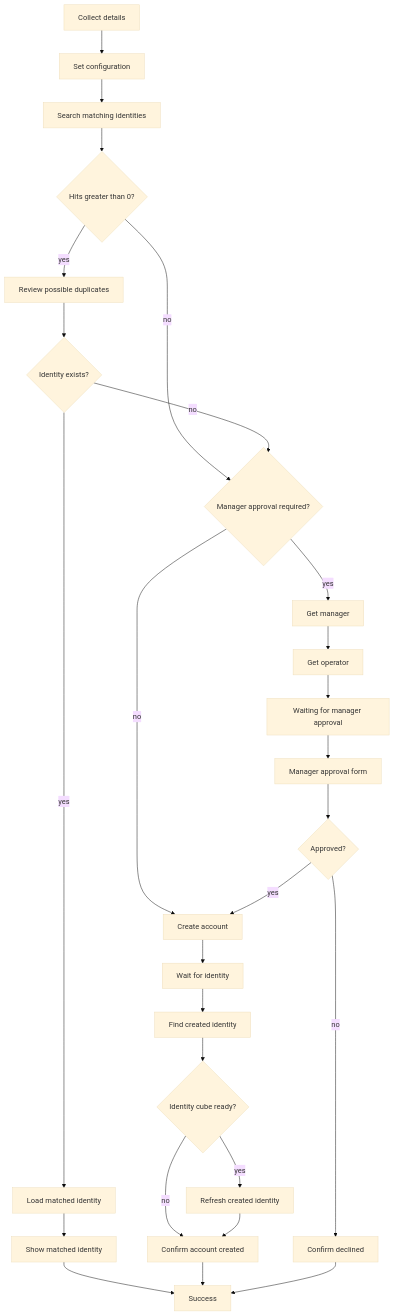
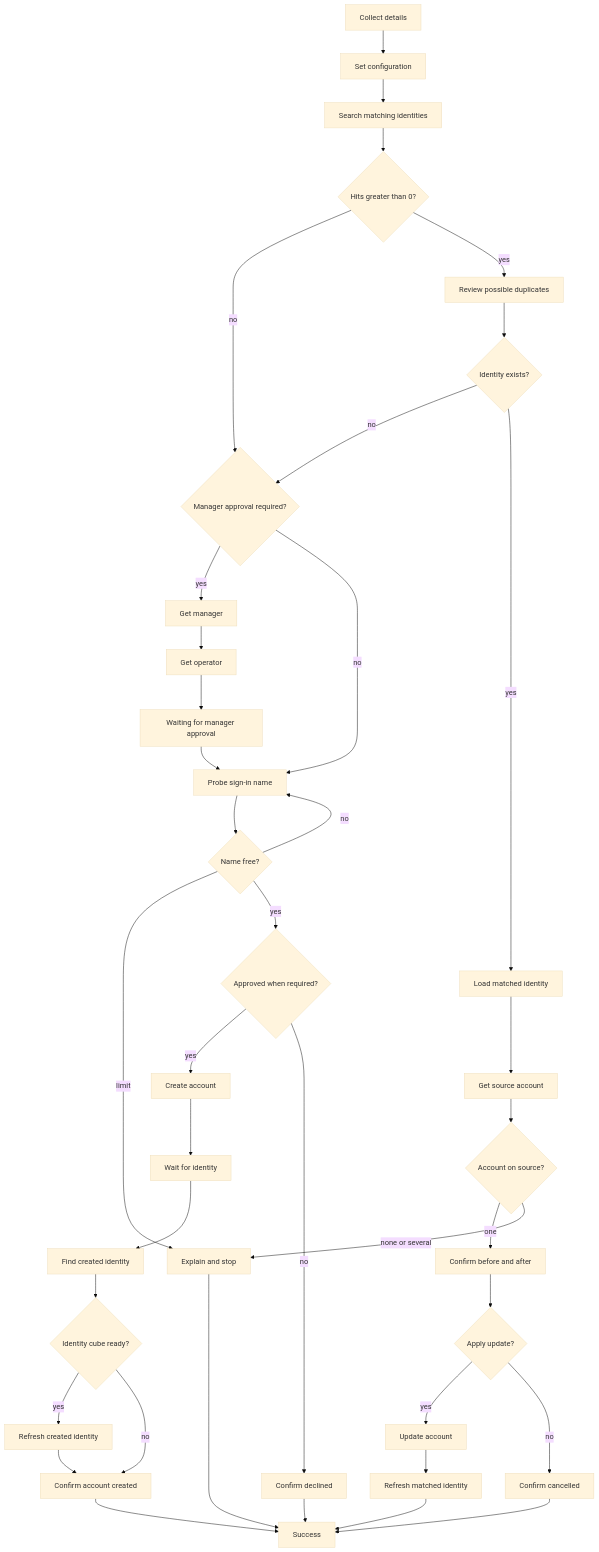
Before and after one commit to fernando-delosrios-sp/sailpoint-utils: the diagram in ISC/Identity Match & Onboard/README.md, drawn with Mermaid (base theme). The commit also changed other lines of this file and 4 other files, not shown here.

First line of the commit message:
feat(identity-match): update matched accounts and avoid username collisions

````diff
--- a/ISC/Identity Match & Onboard/README.md
+++ b/ISC/Identity Match & Onboard/README.md
@@ -37,29 +38,41 @@
 ```mermaid
 flowchart TD
   startNode[Collect details] --> config[Set configuration]
   config --> search[Search matching identities]
   search --> hasHits{Hits greater than 0?}
   hasHits -->|no| needAppr{Manager approval required?}
   hasHits -->|yes| review[Review possible duplicates]
   review --> exists{Identity exists?}
   exists -->|no| needAppr
   exists -->|yes| loadMatch[Load matched identity]
+  loadMatch --> getAcct[Get source account]
+  getAcct --> acctState{Account on source?}
+  acctState -->|one| confirm[Confirm before and after]
+  acctState -->|none or several| stopNode[Explain and stop]
+  confirm --> apply{Apply update?}
+  apply -->|yes| updateAcct[Update account]
+  apply -->|no| cancelled[Confirm cancelled]
+  updateAcct --> refreshMatch[Refresh matched identity]
   needAppr -->|yes| getMgr[Get manager]
-  needAppr -->|no| createAcct[Create account]
+  needAppr -->|no| probe[Probe sign-in name]
   getMgr --> getOp[Get operator]
   getOp --> wait[Waiting for manager approval]
-  wait --> approveForm[Manager approval form]
-  approveForm --> approved{Approved?}
-  approved -->|yes| createAcct
+  wait --> probe
+  probe --> free{Name free?}
+  free -->|no| probe
+  free -->|limit| stopNode
+  free -->|yes| approved{Approved when required?}
+  approved -->|yes| createAcct[Create account]
   approved -->|no| showRejected[Confirm declined]
-  loadMatch --> showMatch[Show matched identity]
   createAcct --> waitId[Wait for identity]
   waitId --> findId[Find created identity]
   findId --> cubeReady{Identity cube ready?}
   cubeReady -->|yes| refreshId[Refresh created identity]
   cubeReady -->|no| showCreated[Confirm account created]
   refreshId --> showCreated
-  showMatch --> doneNode[Success]
+  refreshMatch --> doneNode[Success]
+  cancelled --> doneNode
   showCreated --> doneNode
   showRejected --> doneNode
+  stopNode --> doneNode
 ```
````
